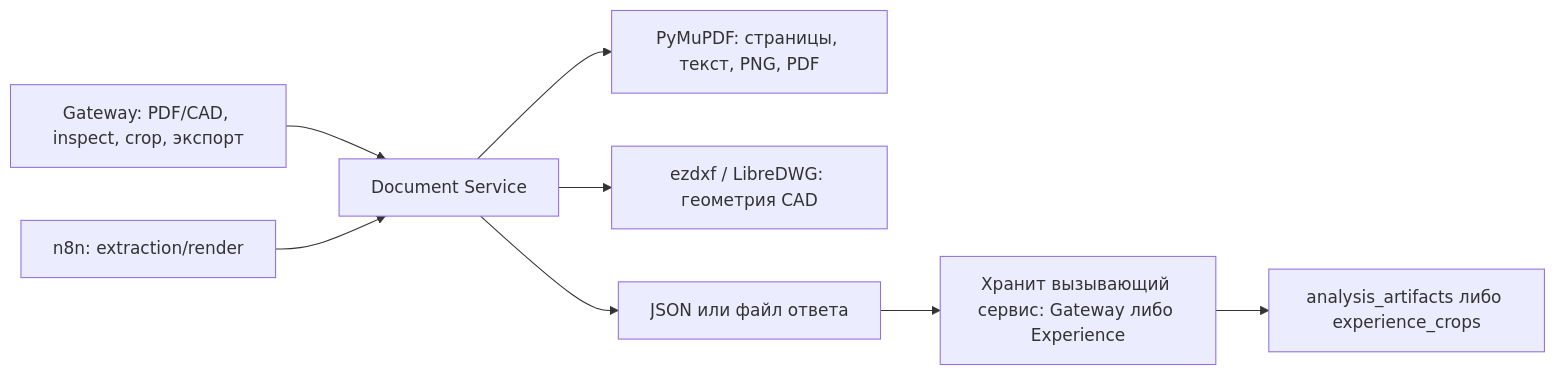
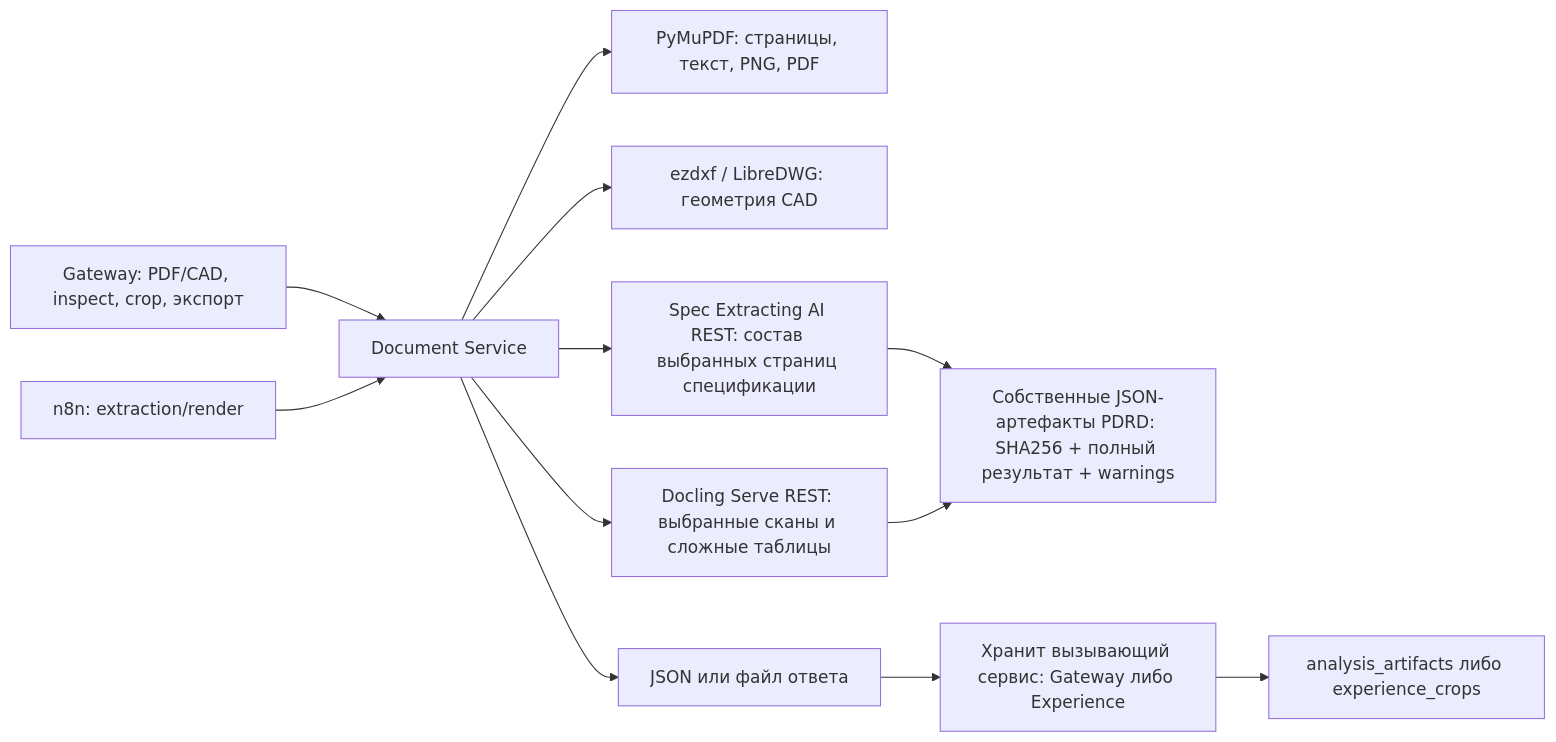
One commit to Amadu-A/PDRD-validation changed diagram 18 of 36 in README.md. Above: the diagram before and after it, drawn with Mermaid. The commit also changed other lines of this file and 77 other files, not shown here.

Commit message:
fix: восстановить PDF и Review, подключить Spec и Docling

````diff
--- a/README.md
+++ b/README.md
@@ -881,10 +881,14 @@
 ```mermaid
 flowchart LR
     GW["Gateway: PDF/CAD, inspect, crop, экспорт"] --> DS["Document Service"]
     N8N["n8n: extraction/render"] --> DS
     DS --> PDF["PyMuPDF: страницы, текст, PNG, PDF"]
     DS --> CAD["ezdxf / LibreDWG: геометрия CAD"]
+    DS --> SPEC["Spec Extracting AI REST: состав выбранных страниц спецификации"]
+    DS --> DOCLING["Docling Serve REST: выбранные сканы и сложные таблицы"]
+    SPEC --> ART["Собственные JSON-артефакты PDRD: SHA256 + полный результат + warnings"]
+    DOCLING --> ART
     DS --> RESPONSE["JSON или файл ответа"]
     RESPONSE --> OWNER["Хранит вызывающий сервис: Gateway либо Experience"]
     OWNER --> FILES["analysis_artifacts либо experience_crops"]
 ```
````
